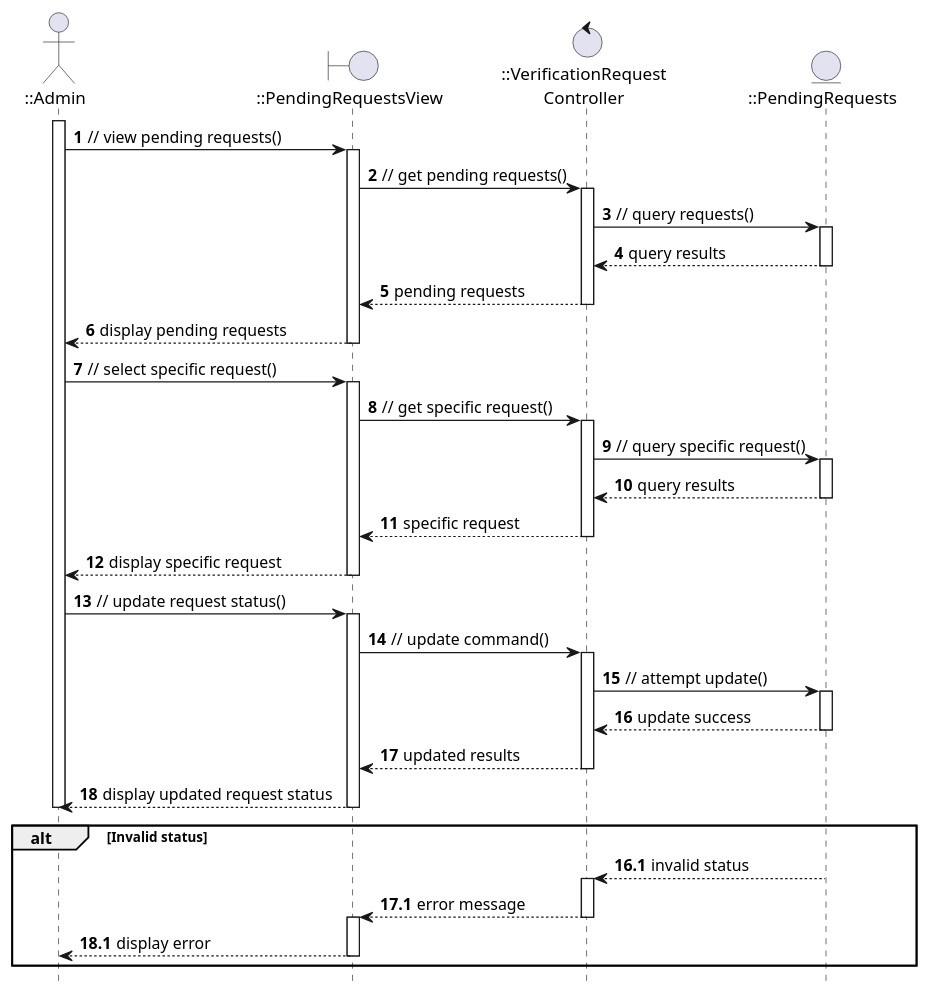
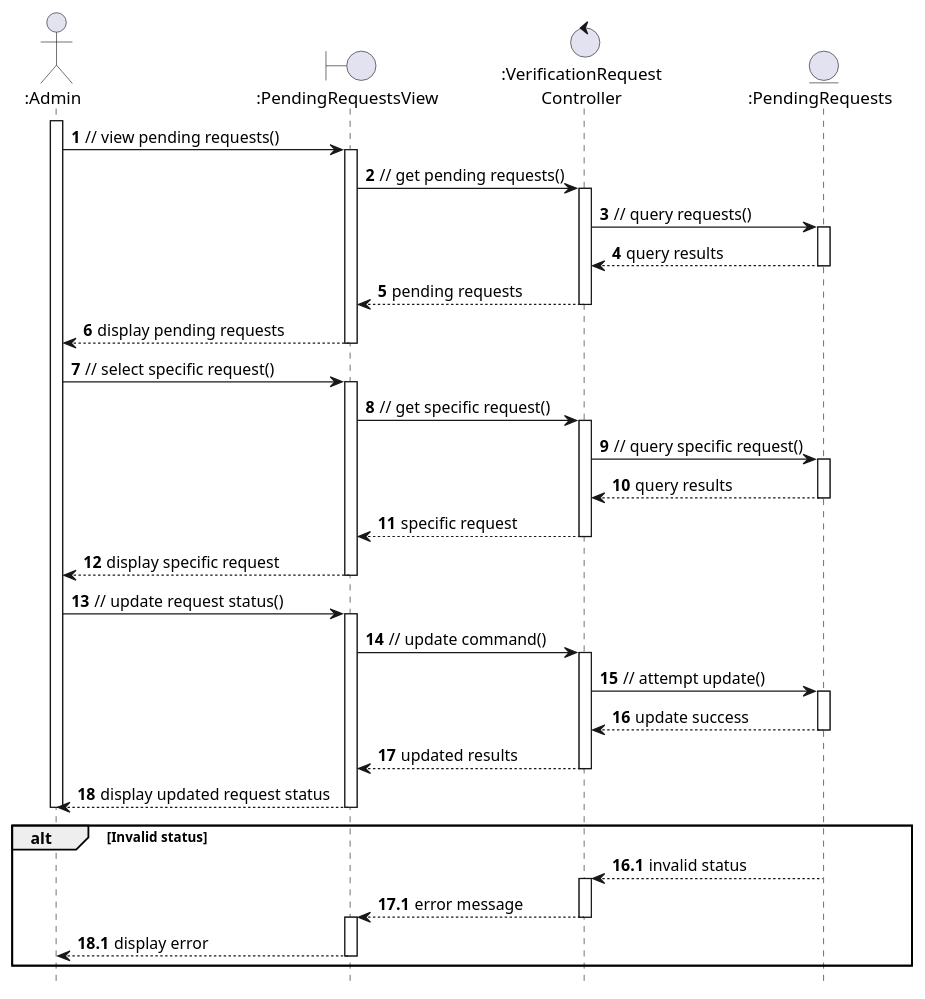
Before and after one commit to anhbanlinhle/velocity-exchange: the diagram in uml/analysis/sequence/approve_car_for_auction.pu, drawn with PlantUML. The commit also changed 5 other files, not shown here.

```diff
--- a/uml/analysis/sequence/approve_car_for_auction.pu
+++ b/uml/analysis/sequence/approve_car_for_auction.pu
@@ -1,64 +1,64 @@
 @startuml
 hide footbox
 
 autonumber
 
-actor "::Admin" as Admin
-boundary "::PendingRequestsView" as PendingRequestsView
-control "::VerificationRequest\nController" as VerificationRequestController
-entity "::PendingRequests" as PendingRequests
+actor ":Admin" as Admin
+boundary ":PendingRequestsView" as PendingRequestsView
+control ":VerificationRequest\nController" as VerificationRequestController
+entity ":PendingRequests" as PendingRequests
 
 activate Admin
   Admin -> PendingRequestsView: // view pending requests()
   activate PendingRequestsView
     PendingRequestsView -> VerificationRequestController: // get pending requests()
     activate VerificationRequestController
       VerificationRequestController -> PendingRequests: // query requests()
         activate PendingRequests
         PendingRequests --> VerificationRequestController: query results
         deactivate PendingRequests
       VerificationRequestController --> PendingRequestsView: pending requests
     deactivate VerificationRequestController
     PendingRequestsView --> Admin: display pending requests
   deactivate PendingRequestsView
   Admin -> PendingRequestsView: // select specific request()
   activate PendingRequestsView
     PendingRequestsView -> VerificationRequestController: // get specific request()
     activate VerificationRequestController
       VerificationRequestController -> PendingRequests: // query specific request()
         activate PendingRequests
         PendingRequests --> VerificationRequestController: query results
         deactivate PendingRequests
       VerificationRequestController --> PendingRequestsView: specific request
     deactivate VerificationRequestController
     PendingRequestsView --> Admin: display specific request
   deactivate PendingRequestsView
   Admin -> PendingRequestsView: // update request status()
   activate PendingRequestsView
     PendingRequestsView -> VerificationRequestController: // update command()
     activate VerificationRequestController
       VerificationRequestController -> PendingRequests: // attempt update()
         activate PendingRequests
         PendingRequests --> VerificationRequestController: update success
         deactivate PendingRequests
       VerificationRequestController --> PendingRequestsView: updated results
     deactivate VerificationRequestController
     PendingRequestsView --> Admin: display updated request status
   deactivate PendingRequestsView
 deactivate Admin
 
 alt Invalid status
   autonumber 16.1
   PendingRequests --> VerificationRequestController: invalid status
   autonumber inc A
   activate VerificationRequestController
     VerificationRequestController --> PendingRequestsView: error message
     autonumber inc A
   deactivate VerificationRequestController
   activate PendingRequestsView
     PendingRequestsView --> Admin: display error
     autonumber inc A
   deactivate PendingRequestsView
 end
 
 @enduml
```
